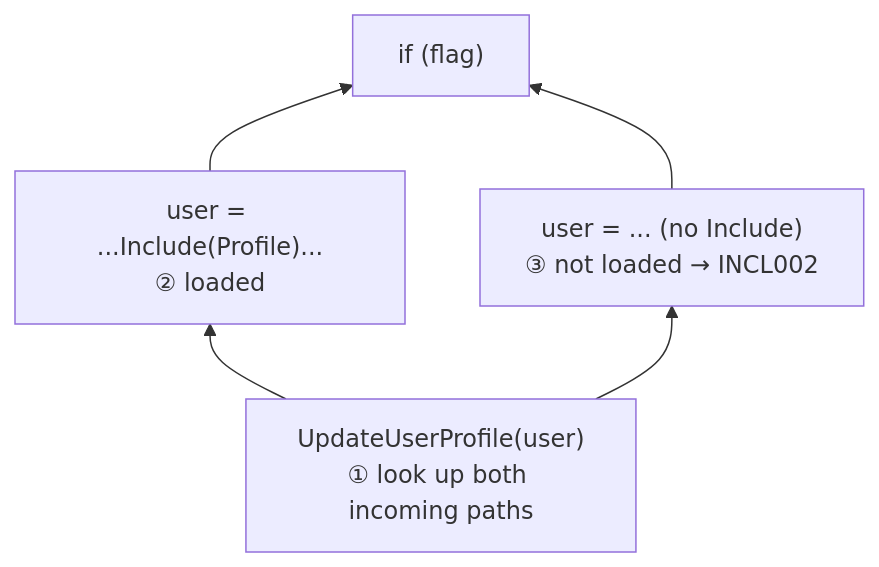
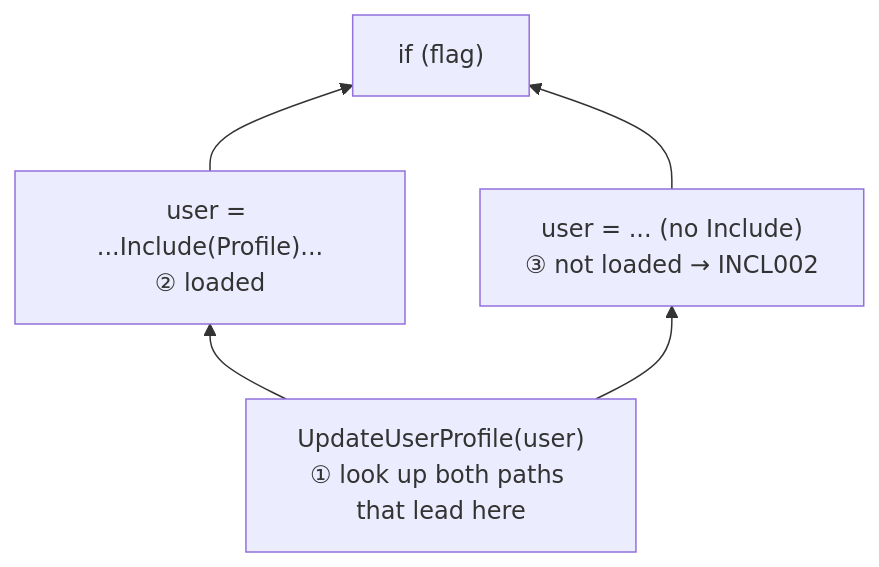
One commit to saritasa-nest/saritasa-dotnet-tools changed the first of 2 diagrams in src/Saritasa.Tools.CodeAnalyzers/Analyzers/NavigationInclude/README.md. Above: the diagram before and after it, drawn with Mermaid. The commit also changed other lines of this file and 30 other files, not shown here.

````diff
--- a/src/Saritasa.Tools.CodeAnalyzers/Analyzers/NavigationInclude/README.md
+++ b/src/Saritasa.Tools.CodeAnalyzers/Analyzers/NavigationInclude/README.md
@@ -29,7 +112,7 @@
 ```mermaid
 flowchart BT
-    C["UpdateUserProfile(user)<br/>① look up both incoming paths"] --> A["user = ...Include(Profile)...<br/>② loaded"]
+    C["UpdateUserProfile(user)<br/>① look up both paths that lead here"] --> A["user = ...Include(Profile)...<br/>② loaded"]
     C --> B["user = ... (no Include)<br/>③ not loaded → INCL002"]
     A --> I["if (flag)"]
     B --> I
 ```
````
